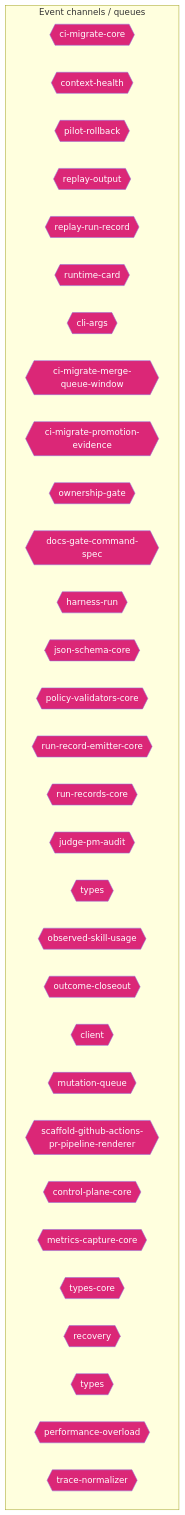
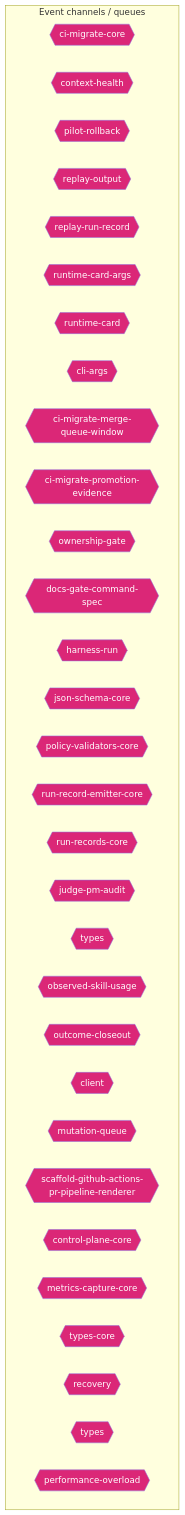
Before and after one commit to jscraik/coding-harness: the ninth of 14 diagrams in AI/context/diagram-context.md, drawn with Mermaid. The commit also changed other lines of this file and 9 other files, not shown here.

First line of the commit message:
docs(architecture): refresh diagram context

````diff
--- a/AI/context/diagram-context.md
+++ b/AI/context/diagram-context.md
@@ -1014,38 +1078,38 @@
 ```mermaid
 flowchart TD
   subgraph Channels["Event channels / queues"]
     ci_migrate_core_7005b5af{{"ci-migrate-core"}}
     context_health_80bb7da9{{"context-health"}}
     pilot_rollback_00c1f82c{{"pilot-rollback"}}
     replay_output_993eda9e{{"replay-output"}}
     replay_run_record_9a08cce2{{"replay-run-record"}}
+    runtime_card_args_2b3d4b28{{"runtime-card-args"}}
     runtime_card_e06b53e1{{"runtime-card"}}
     cli_args_1_6144b055{{"cli-args"}}
     ci_migrate_merge_queue_window_0070bd6d{{"ci-migrate-merge-queue-window"}}
     ci_migrate_promotion_evidence_1a2dc527{{"ci-migrate-promotion-evidence"}}
     ownership_gate_2e194d13{{"ownership-gate"}}
     docs_gate_command_spec_16795187{{"docs-gate-command-spec"}}
     harness_run_c0761792{{"harness-run"}}
     json_schema_core_96d7e328{{"json-schema-core"}}
     policy_validators_core_714a3fe7{{"policy-validators-core"}}
     run_record_emitter_core_688049d5{{"run-record-emitter-core"}}
     run_records_core_89286dfa{{"run-records-core"}}
     judge_pm_audit_ccd20b35{{"judge-pm-audit"}}
-    types_6_1818fb91{{"types"}}
+    types_8_f6283648{{"types"}}
     observed_skill_usage_ed7d5930{{"observed-skill-usage"}}
     outcome_closeout_ba497ec2{{"outcome-closeout"}}
     client_948fe603{{"client"}}
     mutation_queue_ce5a530e{{"mutation-queue"}}
     scaffold_github_actions_pr_pipeline_renderer_1ee18de5{{"scaffold-github-actions-pr-pipeline-renderer"}}
     control_plane_core_db3b4cb2{{"control-plane-core"}}
     metrics_capture_core_db4bf7cf{{"metrics-capture-core"}}
     types_core_1_8bd0f8fd{{"types-core"}}
     recovery_8c585378{{"recovery"}}
-    types_18_37582e2a{{"types"}}
+    types_20_071a0112{{"types"}}
     performance_overload_c685bfcf{{"performance-overload"}}
-    trace_normalizer_cb1be1d2{{"trace-normalizer"}}
   end
   classDef eventNode fill:#db2777,color:#fff
-  class ci_migrate_core_7005b5af,context_health_80bb7da9,pilot_rollback_00c1f82c,replay_output_993eda9e,replay_run_record_9a08cce2,runtime_card_e06b53e1,cli_args_1_6144b055,ci_migrate_merge_queue_window_0070bd6d,ci_migrate_promotion_evidence_1a2dc527,ownership_gate_2e194d13,docs_gate_command_spec_16795187,harness_run_c0761792,json_schema_core_96d7e328,policy_validators_core_714a3fe7,run_record_emitter_core_688049d5,run_records_core_89286dfa,judge_pm_audit_ccd20b35,types_6_1818fb91,observed_skill_usage_ed7d5930,outcome_closeout_ba497ec2,client_948fe603,mutation_queue_ce5a530e,scaffold_github_actions_pr_pipeline_renderer_1ee18de5,control_plane_core_db3b4cb2,metrics_capture_core_db4bf7cf,types_core_1_8bd0f8fd,recovery_8c585378,types_18_37582e2a,performance_overload_c685bfcf,trace_normalizer_cb1be1d2 eventNode
+  class ci_migrate_core_7005b5af,context_health_80bb7da9,pilot_rollback_00c1f82c,replay_output_993eda9e,replay_run_record_9a08cce2,runtime_card_args_2b3d4b28,runtime_card_e06b53e1,cli_args_1_6144b055,ci_migrate_merge_queue_window_0070bd6d,ci_migrate_promotion_evidence_1a2dc527,ownership_gate_2e194d13,docs_gate_command_spec_16795187,harness_run_c0761792,json_schema_core_96d7e328,policy_validators_core_714a3fe7,run_record_emitter_core_688049d5,run_records_core_89286dfa,judge_pm_audit_ccd20b35,types_8_f6283648,observed_skill_usage_ed7d5930,outcome_closeout_ba497ec2,client_948fe603,mutation_queue_ce5a530e,scaffold_github_actions_pr_pipeline_renderer_1ee18de5,control_plane_core_db3b4cb2,metrics_capture_core_db4bf7cf,types_core_1_8bd0f8fd,recovery_8c585378,types_20_071a0112,performance_overload_c685bfcf eventNode
 
 ```
````
